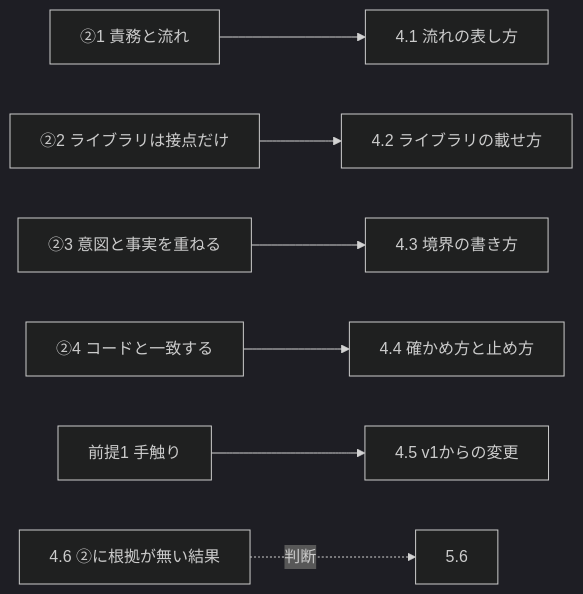
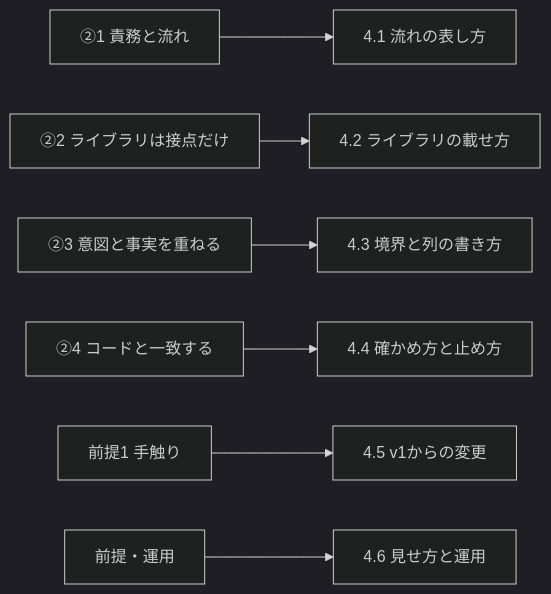
One commit to zeltjs/zelt changed the third of 11 diagrams in mocks/studio-spatial/generic-extraction-design.md. Above: the diagram before and after it, drawn with Mermaid (dark theme). The commit also changed other lines of this file, not shown here.

```diff
--- a/mocks/studio-spatial/generic-extraction-design.md
+++ b/mocks/studio-spatial/generic-extraction-design.md
@@ -190,9 +174,9 @@
 ~~~mermaid
 flowchart LR
   A["②1 責務と流れ"] --> R1["4.1 流れの表し方"]
   B["②2 ライブラリは接点だけ"] --> R2["4.2 ライブラリの載せ方"]
-  C["②3 意図と事実を重ねる"] --> R3["4.3 境界の書き方"]
+  C["②3 意図と事実を重ねる"] --> R3["4.3 境界と列の書き方"]
   D["②4 コードと一致する"] --> R4["4.4 確かめ方と止め方"]
   F["前提1 手触り"] --> R5["4.5 v1からの変更"]
-  R6["4.6 ②に根拠が無い結果"] -.->|判断| J["5.6"]
+  G["前提・運用"] --> R6["4.6 見せ方と運用"]
 ~~~
```
